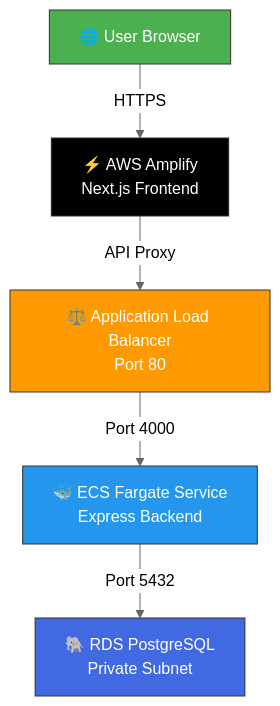
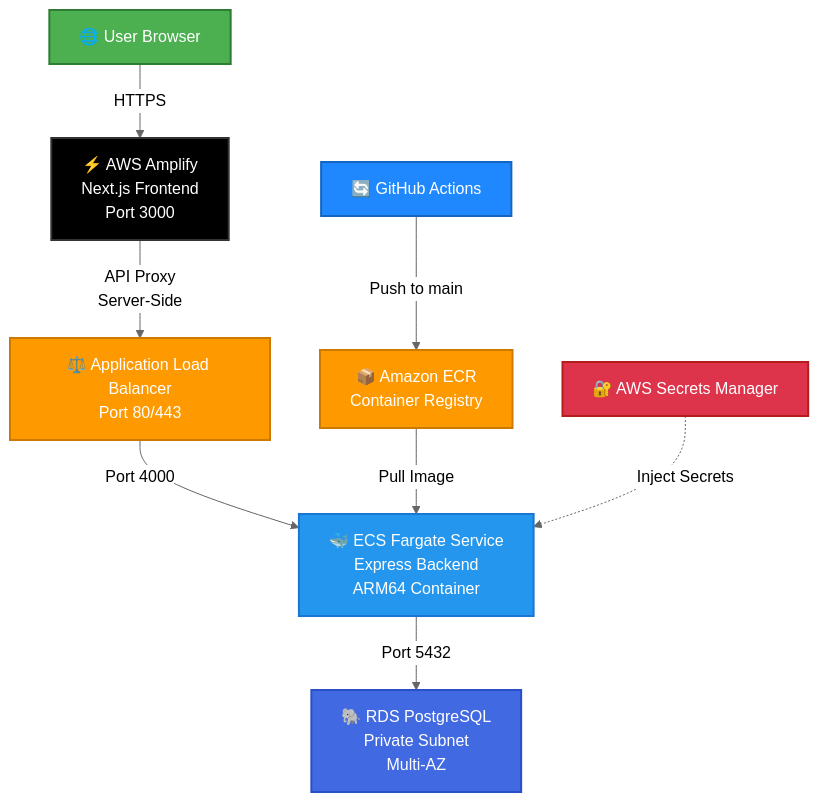
Before and after one commit to Ai-with-Gaurav/aws-fargate-ecs: the first of 2 diagrams in README.md, drawn with Mermaid (neutral theme). The commit also changed other lines of this file, not shown here.

Commit message:
docs: enhanced README with VPC diagram, service map, badges, and feature tags

````diff
--- a/README.md
+++ b/README.md
@@ -26,13 +43,21 @@
 ```mermaid
 graph TD
-    A[🌐 User Browser] -->|HTTPS| B[⚡ AWS Amplify<br/>Next.js Frontend]
-    B -->|API Proxy| C[⚖️ Application Load Balancer<br/>Port 80]
-    C -->|Port 4000| D[🐳 ECS Fargate Service<br/>Express Backend]
-    D -->|Port 5432| E[🐘 RDS PostgreSQL<br/>Private Subnet]
+    A[🌐 User Browser] -->|HTTPS| B[⚡ AWS Amplify<br/>Next.js Frontend<br/>Port 3000]
+    B -->|API Proxy<br/>Server-Side| C[⚖️ Application Load Balancer<br/>Port 80/443]
+    C -->|Port 4000| D[🐳 ECS Fargate Service<br/>Express Backend<br/>ARM64 Container]
+    D -->|Port 5432| E[🐘 RDS PostgreSQL<br/>Private Subnet<br/>Multi-AZ]
     
-    style A fill:#4CAF50,stroke:#333,color:#fff
-    style B fill:#000000,stroke:#333,color:#fff
-    style C fill:#FF9900,stroke:#333,color:#fff
-    style D fill:#2496ED,stroke:#333,color:#fff
-    style E fill:#4169E1,stroke:#333,color:#fff
+    F[🔄 GitHub Actions] -->|Push to main| G[📦 Amazon ECR<br/>Container Registry]
+    G -->|Pull Image| D
+    
+    H[🔐 AWS Secrets Manager] -.->|Inject Secrets| D
+
+    style A fill:#4CAF50,stroke:#2E7D32,color:#fff,stroke-width:2px
+    style B fill:#000000,stroke:#333,color:#fff,stroke-width:2px
+    style C fill:#FF9900,stroke:#CC7A00,color:#fff,stroke-width:2px
+    style D fill:#2496ED,stroke:#1976D2,color:#fff,stroke-width:2px
+    style E fill:#4169E1,stroke:#2850C8,color:#fff,stroke-width:2px
+    style F fill:#2088FF,stroke:#1565C0,color:#fff,stroke-width:2px
+    style G fill:#FF9900,stroke:#CC7A00,color:#fff,stroke-width:2px
+    style H fill:#DD344C,stroke:#B71C1C,color:#fff,stroke-width:2px
 ```
````
